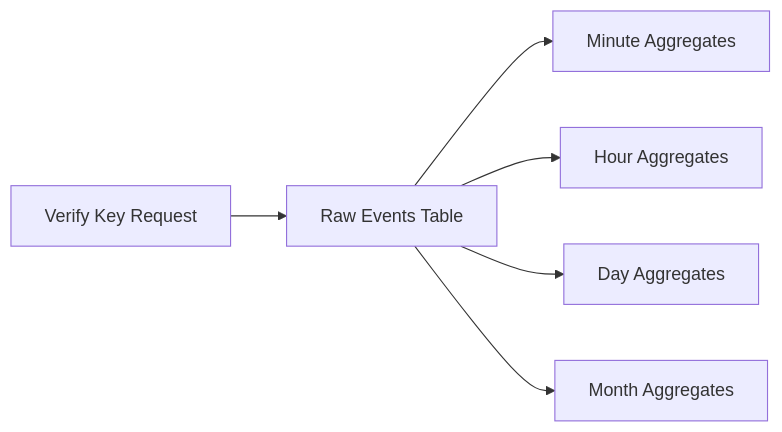
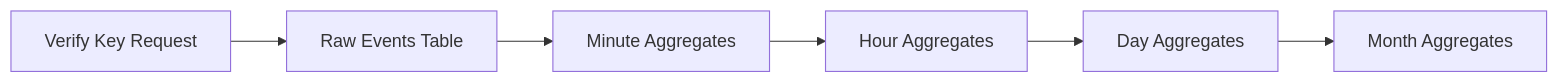
One commit to unkeyed/unkey changed the diagram in apps/docs/analytics/overview.mdx. Above: the diagram before and after it, drawn with Mermaid. The commit also changed other lines of this file and 38 other files, not shown here.

````diff
--- a/apps/docs/analytics/overview.mdx
+++ b/apps/docs/analytics/overview.mdx
@@ -33,8 +35,8 @@
 ```mermaid
 graph LR
     A[Verify Key Request] --> B[Raw Events Table]
     B --> C[Minute Aggregates]
-    B --> D[Hour Aggregates]
-    B --> E[Day Aggregates]
-    B --> F[Month Aggregates]
+    C --> D[Hour Aggregates]
+    D --> E[Day Aggregates]
+    E --> F[Month Aggregates]
 ```
````
